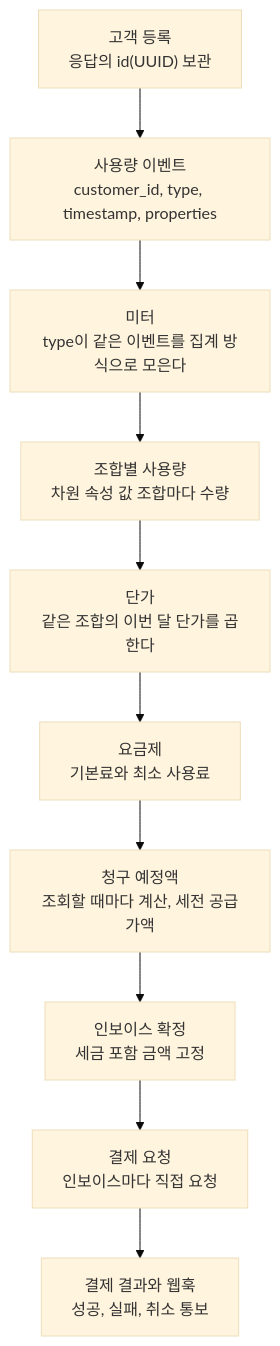
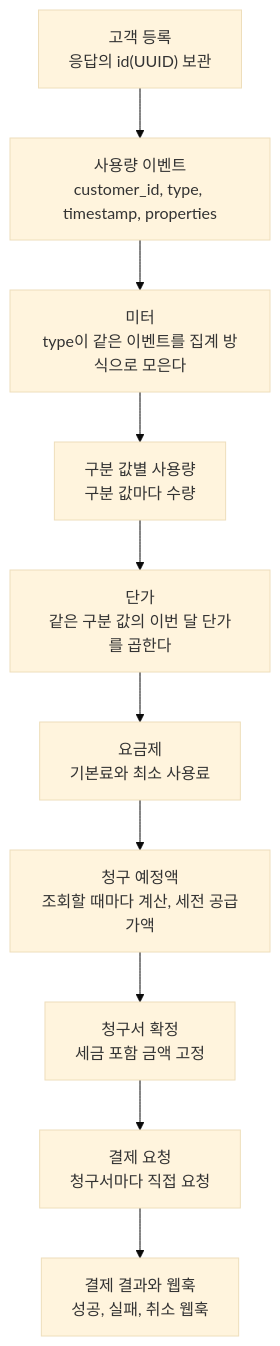
The diagram in guide/concepts/how-it-works.mdx (asm17-ms2/meterengine), drawn with Mermaid (base theme) before and after one commit. The commit also changed other lines of this file and 201 other files, not shown here.

````diff
--- a/guide/concepts/how-it-works.mdx
+++ b/guide/concepts/how-it-works.mdx
@@ -10,13 +10,13 @@
 ```mermaid
 flowchart TD
   C["고객 등록<br/>응답의 id(UUID) 보관"] --> E
   E["사용량 이벤트<br/>customer_id, type, timestamp, properties"] --> M
   M["미터<br/>type이 같은 이벤트를 집계 방식으로 모은다"] --> U
-  U["조합별 사용량<br/>차원 속성 값 조합마다 수량"] --> R
-  R["단가<br/>같은 조합의 이번 달 단가를 곱한다"] --> P
+  U["구분 값별 사용량<br/>구분 값마다 수량"] --> R
+  R["단가<br/>같은 구분 값의 이번 달 단가를 곱한다"] --> P
   P["요금제<br/>기본료와 최소 사용료"] --> D
   D["청구 예정액<br/>조회할 때마다 계산, 세전 공급가액"] --> F
-  F["인보이스 확정<br/>세금 포함 금액 고정"] --> Q
-  Q["결제 요청<br/>인보이스마다 직접 요청"] --> W
-  W["결제 결과와 웹훅<br/>성공, 실패, 취소 통보"]
+  F["청구서 확정<br/>세금 포함 금액 고정"] --> Q
+  Q["결제 요청<br/>청구서마다 직접 요청"] --> W
+  W["결제 결과와 웹훅<br/>성공, 실패, 취소 웹훅"]
 ```
````
